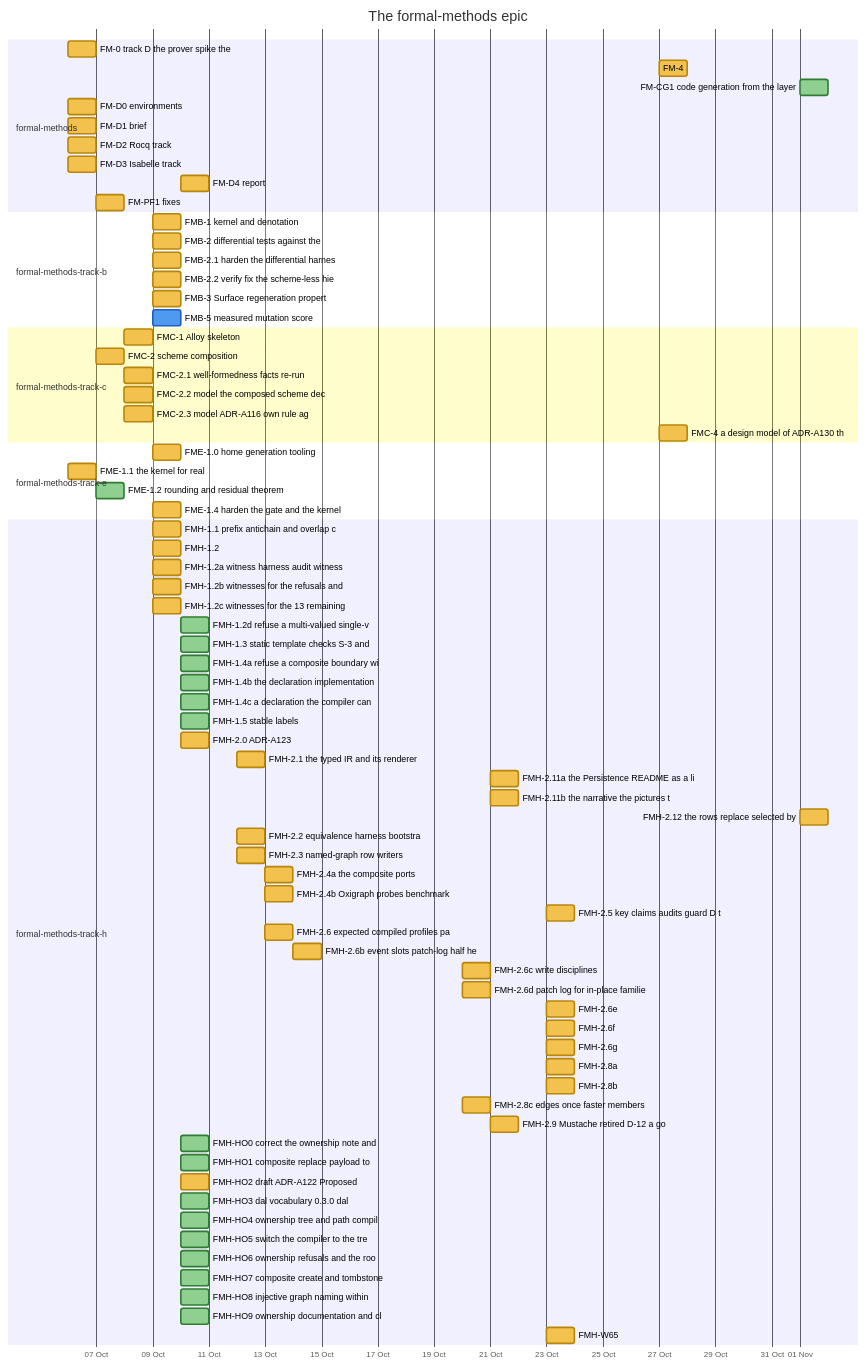
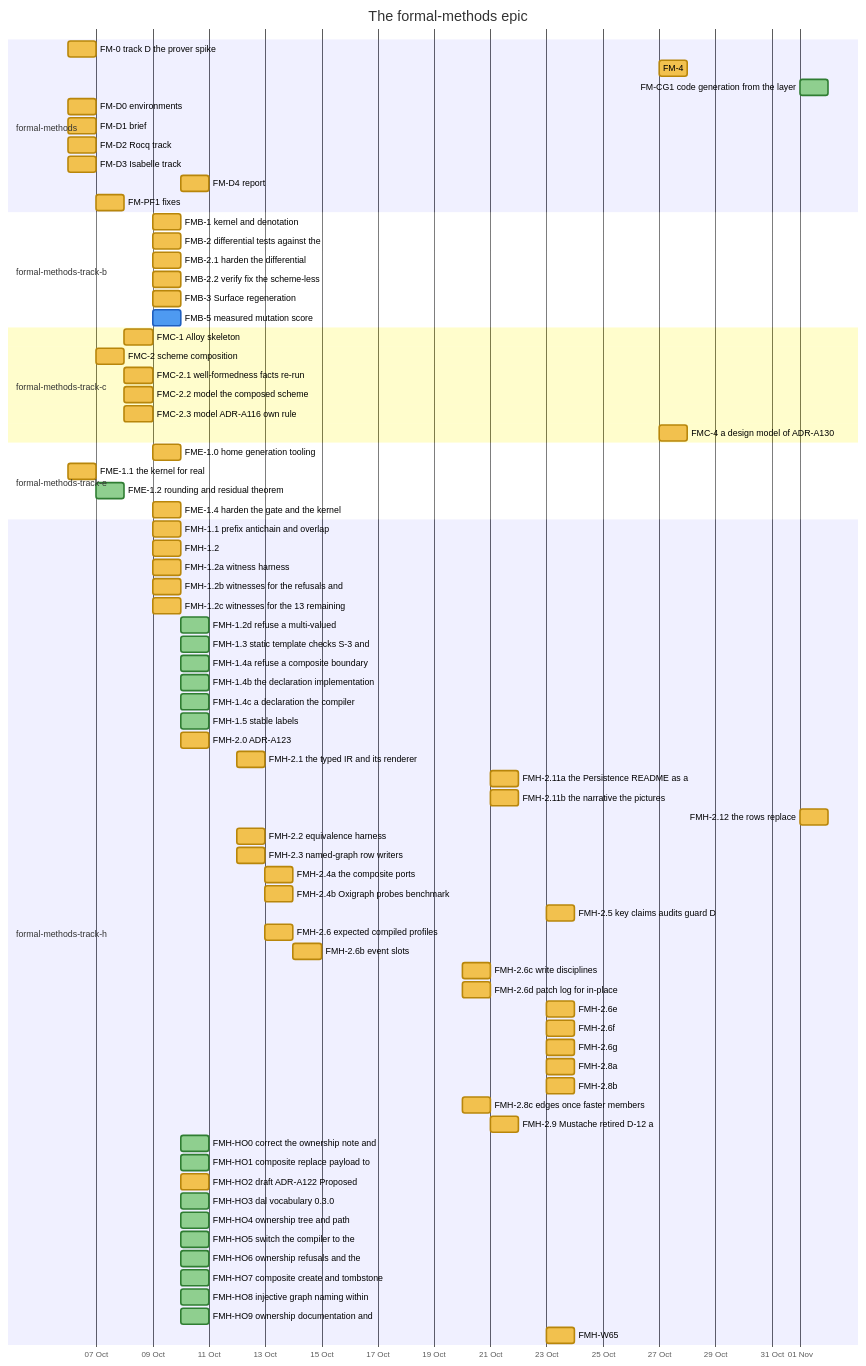
The third of 26 diagrams in docs/developer/ROADMAP.md (nebularis/lattice), drawn with Mermaid before and after one commit. The commit also changed other lines of this file and 7 other files, not shown here.

First line of the commit message:
Pin Vyvid v0.2.7: the GIT_DIR workaround removed, TD-143 and TD-144 closed, the roadmap regenerated

````diff
--- a/docs/developer/ROADMAP.md
+++ b/docs/developer/ROADMAP.md
@@ -109,80 +109,80 @@
 ```mermaid
 %%{init: {"themeVariables": {"taskBkgColor": "#f2c14e", "taskBorderColor": "#b8860b", "taskTextColor": "#000000", "activeTaskBkgColor": "#4e9af1", "activeTaskBorderColor": "#1f5fbf", "activeTaskBorderColor": "#1f5fbf", "doneTaskBkgColor": "#8fcf8f", "doneTaskBorderColor": "#2f7d32", "critBkgColor": "#f28b82", "critBorderColor": "#b23a30", "taskTextDarkColor": "#000000", "taskTextLightColor": "#000000"}}}%%
 gantt
     title The formal-methods epic
     dateFormat YYYY-MM-DD
     axisFormat %d %b
     section formal-methods
-    FM-0 track D the prover spike the :fm0, 2026-10-06, 2026-10-07
+    FM-0 track D the prover spike :fm0, 2026-10-06, 2026-10-07
     FM-4 :fm4, 2026-10-27, 2026-10-28
     FM-CG1 code generation from the layer :done, fmcg1, 2026-11-01, 2026-11-02
     FM-D0 environments :fmd0, 2026-10-06, 2026-10-07
     FM-D1 brief :fmd1, 2026-10-06, 2026-10-07
     FM-D2 Rocq track :fmd2, 2026-10-06, 2026-10-07
     FM-D3 Isabelle track :fmd3, 2026-10-06, 2026-10-07
     FM-D4 report :fmd4, 2026-10-10, 2026-10-11
     FM-PF1 fixes :fmpf1, 2026-10-07, 2026-10-08
     section formal-methods-track-b
     FMB-1 kernel and denotation :fmb1, 2026-10-09, 2026-10-10
     FMB-2 differential tests against the :fmb2, 2026-10-09, 2026-10-10
-    FMB-2.1 harden the differential harnes :fmb21, 2026-10-09, 2026-10-10
-    FMB-2.2 verify fix the scheme-less hie :fmb22, 2026-10-09, 2026-10-10
-    FMB-3 Surface regeneration propert :fmb3, 2026-10-09, 2026-10-10
+    FMB-2.1 harden the differential :fmb21, 2026-10-09, 2026-10-10
+    FMB-2.2 verify fix the scheme-less :fmb22, 2026-10-09, 2026-10-10
+    FMB-3 Surface regeneration :fmb3, 2026-10-09, 2026-10-10
     FMB-5 measured mutation score :active, fmb5, 2026-10-09, 2026-10-10
     section formal-methods-track-c
     FMC-1 Alloy skeleton :fmc1, 2026-10-08, 2026-10-09
     FMC-2 scheme composition :fmc2, 2026-10-07, 2026-10-08
     FMC-2.1 well-formedness facts re-run :fmc21, 2026-10-08, 2026-10-09
-    FMC-2.2 model the composed scheme dec :fmc22, 2026-10-08, 2026-10-09
-    FMC-2.3 model ADR-A116 own rule ag :fmc23, 2026-10-08, 2026-10-09
-    FMC-4 a design model of ADR-A130 th :fmc4, 2026-10-27, 2026-10-28
+    FMC-2.2 model the composed scheme :fmc22, 2026-10-08, 2026-10-09
+    FMC-2.3 model ADR-A116 own rule :fmc23, 2026-10-08, 2026-10-09
+    FMC-4 a design model of ADR-A130 :fmc4, 2026-10-27, 2026-10-28
     section formal-methods-track-e
     FME-1.0 home generation tooling :fme10, 2026-10-09, 2026-10-10
     FME-1.1 the kernel for real :fme11, 2026-10-06, 2026-10-07
     FME-1.2 rounding and residual theorem :done, fme12, 2026-10-07, 2026-10-08
     FME-1.4 harden the gate and the kernel :fme14, 2026-10-09, 2026-10-10
     section formal-methods-track-h
-    FMH-1.1 prefix antichain and overlap c :fmh11, 2026-10-09, 2026-10-10
+    FMH-1.1 prefix antichain and overlap :fmh11, 2026-10-09, 2026-10-10
     FMH-1.2 :fmh12, 2026-10-09, 2026-10-10
-    FMH-1.2a witness harness audit witness :fmh12a, 2026-10-09, 2026-10-10
+    FMH-1.2a witness harness :fmh12a, 2026-10-09, 2026-10-10
     FMH-1.2b witnesses for the refusals and :fmh12b, 2026-10-09, 2026-10-10
     FMH-1.2c witnesses for the 13 remaining :fmh12c, 2026-10-09, 2026-10-10
-    FMH-1.2d refuse a multi-valued single-v :done, fmh12d, 2026-10-10, 2026-10-11
+    FMH-1.2d refuse a multi-valued :done, fmh12d, 2026-10-10, 2026-10-11
     FMH-1.3 static template checks S-3 and :done, fmh13, 2026-10-10, 2026-10-11
-    FMH-1.4a refuse a composite boundary wi :done, fmh14a, 2026-10-10, 2026-10-11
+    FMH-1.4a refuse a composite boundary :done, fmh14a, 2026-10-10, 2026-10-11
     FMH-1.4b the declaration implementation :done, fmh14b, 2026-10-10, 2026-10-11
-    FMH-1.4c a declaration the compiler can :done, fmh14c, 2026-10-10, 2026-10-11
+    FMH-1.4c a declaration the compiler :done, fmh14c, 2026-10-10, 2026-10-11
     FMH-1.5 stable labels :done, fmh15, 2026-10-10, 2026-10-11
     FMH-2.0 ADR-A123 :fmh20, 2026-10-10, 2026-10-11
     FMH-2.1 the typed IR and its renderer :fmh21, 2026-10-12, 2026-10-13
-    FMH-2.11a the Persistence README as a li :fmh211a, 2026-10-21, 2026-10-22
-    FMH-2.11b the narrative the pictures t :fmh211b, 2026-10-21, 2026-10-22
-    FMH-2.12 the rows replace selected by :fmh212, 2026-11-01, 2026-11-02
-    FMH-2.2 equivalence harness bootstra :fmh22, 2026-10-12, 2026-10-13
+    FMH-2.11a the Persistence README as a :fmh211a, 2026-10-21, 2026-10-22
+    FMH-2.11b the narrative the pictures :fmh211b, 2026-10-21, 2026-10-22
+    FMH-2.12 the rows replace :fmh212, 2026-11-01, 2026-11-02
+    FMH-2.2 equivalence harness :fmh22, 2026-10-12, 2026-10-13
     FMH-2.3 named-graph row writers :fmh23, 2026-10-12, 2026-10-13
     FMH-2.4a the composite ports :fmh24a, 2026-10-13, 2026-10-14
     FMH-2.4b Oxigraph probes benchmark :fmh24b, 2026-10-13, 2026-10-14
-    FMH-2.5 key claims audits guard D t :fmh25, 2026-10-23, 2026-10-24
-    FMH-2.6 expected compiled profiles pa :fmh26, 2026-10-13, 2026-10-14
-    FMH-2.6b event slots patch-log half he :fmh26b, 2026-10-14, 2026-10-15
+    FMH-2.5 key claims audits guard D :fmh25, 2026-10-23, 2026-10-24
+    FMH-2.6 expected compiled profiles :fmh26, 2026-10-13, 2026-10-14
+    FMH-2.6b event slots :fmh26b, 2026-10-14, 2026-10-15
     FMH-2.6c write disciplines :fmh26c, 2026-10-20, 2026-10-21
-    FMH-2.6d patch log for in-place familie :fmh26d, 2026-10-20, 2026-10-21
+    FMH-2.6d patch log for in-place :fmh26d, 2026-10-20, 2026-10-21
     FMH-2.6e :fmh26e, 2026-10-23, 2026-10-24
     FMH-2.6f :fmh26f, 2026-10-23, 2026-10-24
     FMH-2.6g :fmh26g, 2026-10-23, 2026-10-24
     FMH-2.8a :fmh28a, 2026-10-23, 2026-10-24
     FMH-2.8b :fmh28b, 2026-10-23, 2026-10-24
     FMH-2.8c edges once faster members :fmh28c, 2026-10-20, 2026-10-21
-    FMH-2.9 Mustache retired D-12 a go :fmh29, 2026-10-21, 2026-10-22
+    FMH-2.9 Mustache retired D-12 a :fmh29, 2026-10-21, 2026-10-22
     FMH-HO0 correct the ownership note and :done, fmhho0, 2026-10-10, 2026-10-11
     FMH-HO1 composite replace payload to :done, fmhho1, 2026-10-10, 2026-10-11
     FMH-HO2 draft ADR-A122 Proposed :fmhho2, 2026-10-10, 2026-10-11
-    FMH-HO3 dal vocabulary 0.3.0 dal :done, fmhho3, 2026-10-10, 2026-10-11
-    FMH-HO4 ownership tree and path compil :done, fmhho4, 2026-10-10, 2026-10-11
-    FMH-HO5 switch the compiler to the tre :done, fmhho5, 2026-10-10, 2026-10-11
-    FMH-HO6 ownership refusals and the roo :done, fmhho6, 2026-10-10, 2026-10-11
+    FMH-HO3 dal vocabulary 0.3.0 :done, fmhho3, 2026-10-10, 2026-10-11
+    FMH-HO4 ownership tree and path :done, fmhho4, 2026-10-10, 2026-10-11
+    FMH-HO5 switch the compiler to the :done, fmhho5, 2026-10-10, 2026-10-11
+    FMH-HO6 ownership refusals and the :done, fmhho6, 2026-10-10, 2026-10-11
     FMH-HO7 composite create and tombstone :done, fmhho7, 2026-10-10, 2026-10-11
     FMH-HO8 injective graph naming within :done, fmhho8, 2026-10-10, 2026-10-11
-    FMH-HO9 ownership documentation and cl :done, fmhho9, 2026-10-10, 2026-10-11
+    FMH-HO9 ownership documentation and :done, fmhho9, 2026-10-10, 2026-10-11
     FMH-W65 :fmhw65, 2026-10-23, 2026-10-24
 ```
````
